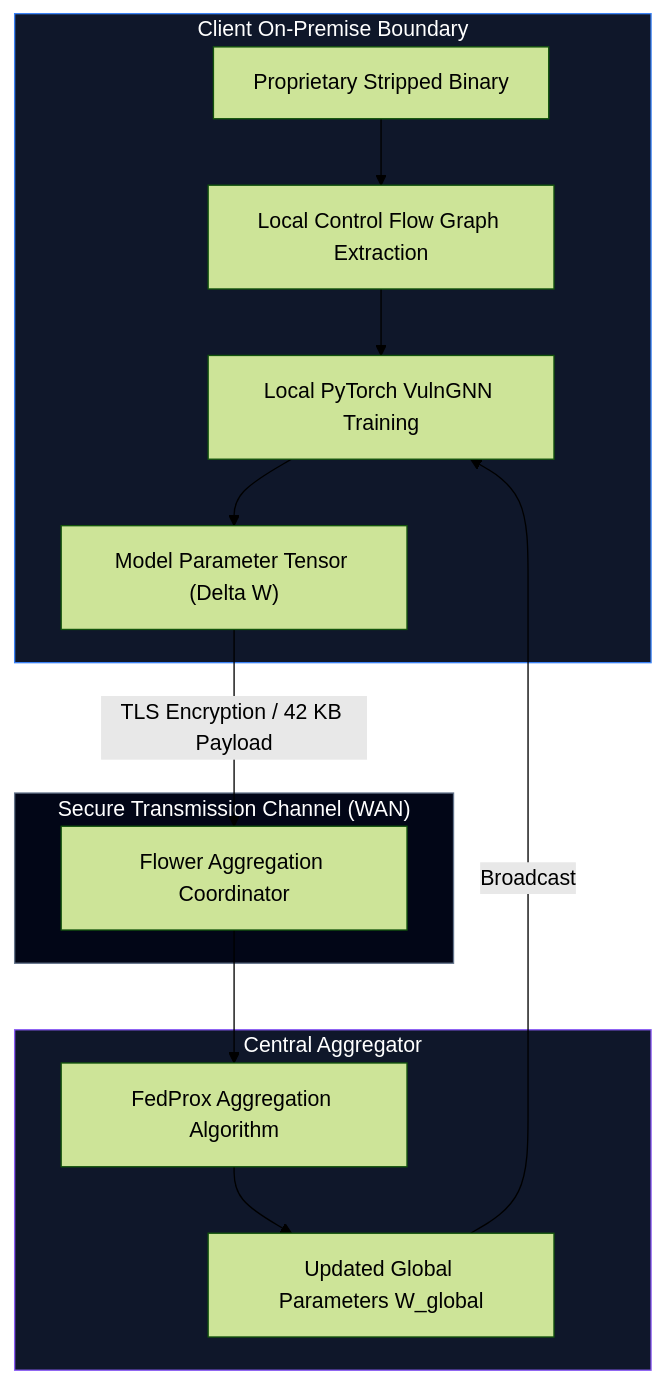
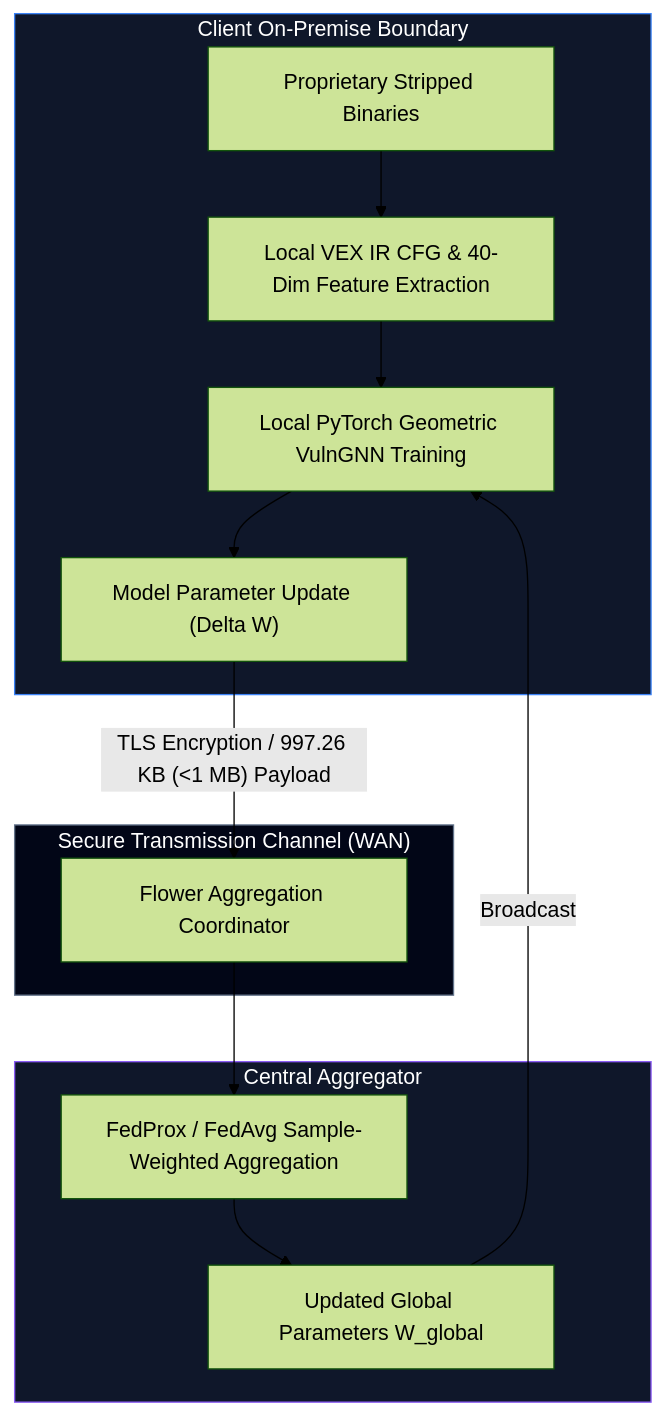
One commit to youknowme19/graph_z3 changed the diagram in docs/FEDERATED_LEARNING.md. Above: the diagram before and after it, drawn with Mermaid (forest theme). The commit also changed other lines of this file and 112 other files, not shown here.

````diff
--- a/docs/FEDERATED_LEARNING.md
+++ b/docs/FEDERATED_LEARNING.md
@@ -11,22 +13,22 @@
 ```mermaid
 flowchart TD
     subgraph ENCLAVE["Client On-Premise Boundary"]
-        BIN["Proprietary Stripped Binary"] --> CFG["Local Control Flow Graph Extraction"]
-        CFG --> TRAIN["Local PyTorch VulnGNN Training"]
-        TRAIN --> PARAMS["Model Parameter Tensor (Delta W)"]
+        BIN["Proprietary Stripped Binaries"] --> CFG["Local VEX IR CFG & 40-Dim Feature Extraction"]
+        CFG --> TRAIN["Local PyTorch Geometric VulnGNN Training"]
+        TRAIN --> PARAMS["Model Parameter Update (Delta W)"]
     end
 
     subgraph NETWORK["Secure Transmission Channel (WAN)"]
-        PARAMS -->|TLS Encryption / 42 KB Payload| SERVER["Flower Aggregation Coordinator"]
+        PARAMS -->|"TLS Encryption / 997.26 KB (<1 MB) Payload"| SERVER["Flower Aggregation Coordinator"]
     end
 
     subgraph SERVER_ENCLAVE["Central Aggregator"]
-        SERVER --> STRAT["FedProx Aggregation Algorithm"]
+        SERVER --> STRAT["FedProx / FedAvg Sample-Weighted Aggregation"]
         STRAT --> GLOBAL["Updated Global Parameters W_global"]
         GLOBAL -->|Broadcast| TRAIN
     end
 
     style ENCLAVE fill:#0f172a,stroke:#3b82f6,color:#fff
     style NETWORK fill:#020617,stroke:#64748b,color:#fff
     style SERVER_ENCLAVE fill:#0f172a,stroke:#8b5cf6,color:#fff
 ```
````
